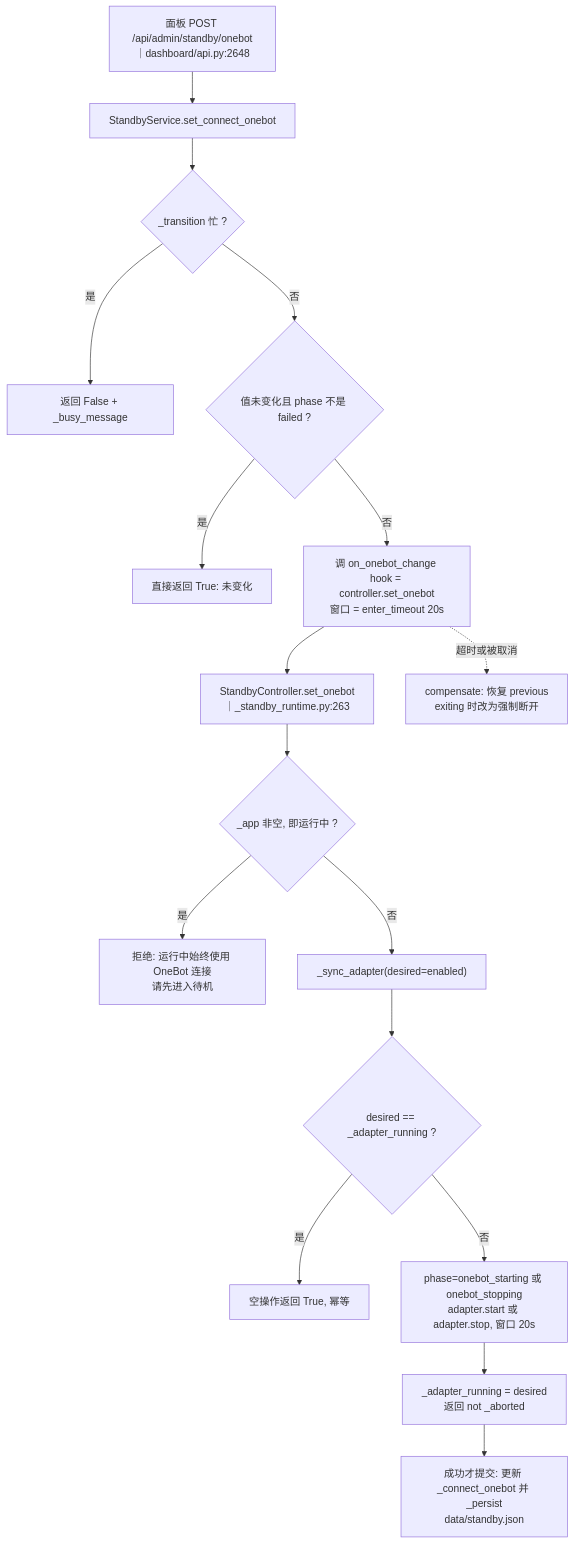
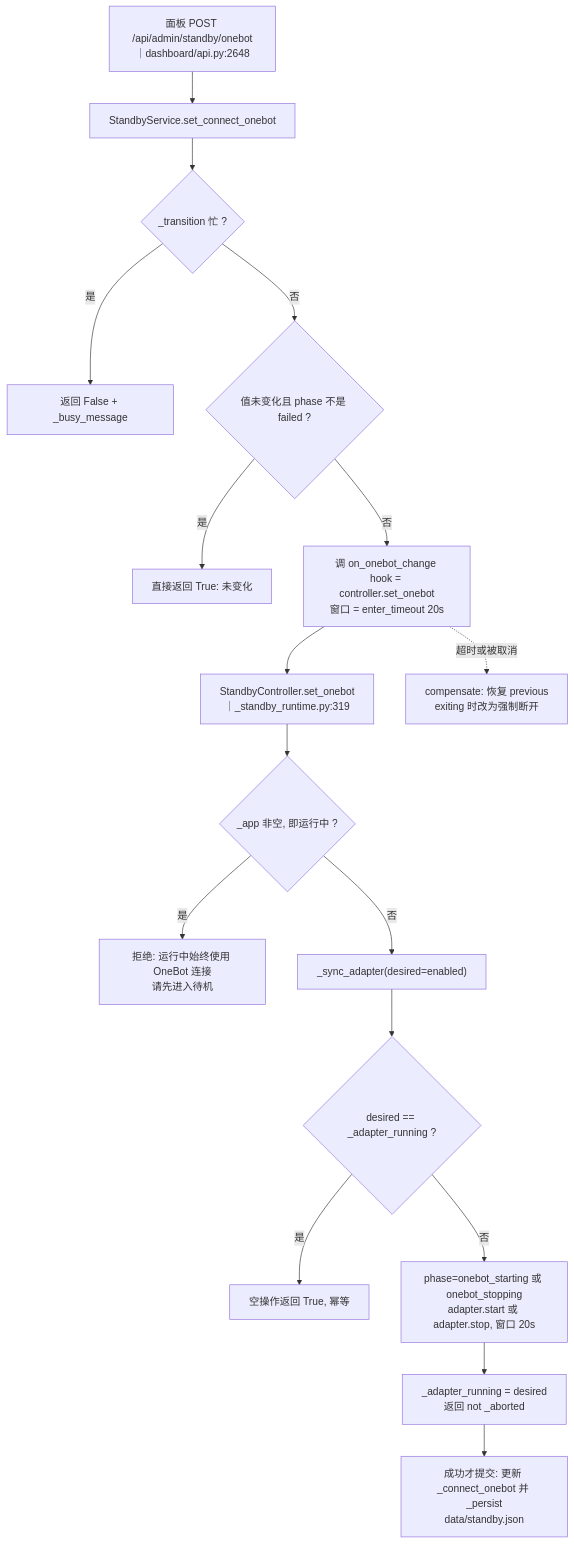
Diagram 13 of 13 in docs/flow/01-startup-shutdown.md (SuperQuail/NeoBot), drawn with Mermaid before and after one commit. The commit also changed other lines of this file and 37 other files, not shown here.

````diff
--- a/docs/flow/01-startup-shutdown.md
+++ b/docs/flow/01-startup-shutdown.md
@@ -541,19 +553,19 @@
 ```mermaid
 flowchart TD
     A["面板 POST /api/admin/standby/onebot｜dashboard/api.py:2648"] --> B["StandbyService.set_connect_onebot"]
     B --> C{"_transition 忙 ?"}
     C -- 是 --> C1["返回 False + _busy_message"]
     C -- 否 --> D{"值未变化且 phase 不是 failed ?"}
     D -- 是 --> D1["直接返回 True: 未变化"]
     D -- 否 --> E["调 on_onebot_change hook = controller.set_onebot<br/>窗口 = enter_timeout 20s"]
-    E --> F["StandbyController.set_onebot｜_standby_runtime.py:263"]
+    E --> F["StandbyController.set_onebot｜_standby_runtime.py:319"]
     F --> G{"_app 非空, 即运行中 ?"}
     G -- 是 --> G1["拒绝: 运行中始终使用 OneBot 连接<br/>请先进入待机"]
     G -- 否 --> H["_sync_adapter(desired=enabled)"]
     H --> I{"desired == _adapter_running ?"}
     I -- 是 --> I1["空操作返回 True, 幂等"]
     I -- 否 --> J["phase=onebot_starting 或 onebot_stopping<br/>adapter.start 或 adapter.stop, 窗口 20s"]
     J --> K["_adapter_running = desired<br/>返回 not _aborted"]
     K --> L["成功才提交: 更新 _connect_onebot 并 _persist<br/>data/standby.json"]
     E -.->|超时或被取消| M["compensate: 恢复 previous<br/>exiting 时改为强制断开"]
 ```
````
